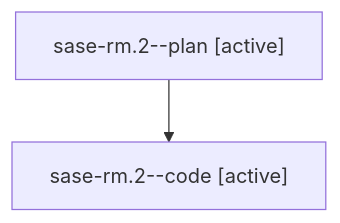
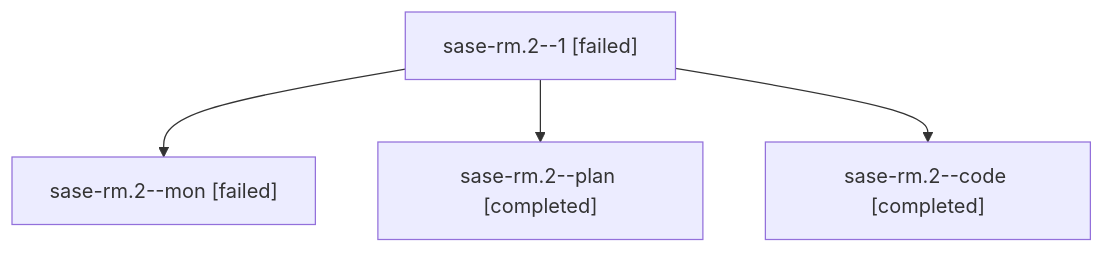
Before and after one commit to sase-org/sase--agents: the diagram in families/bbugyi200.athena.sase-rm.2.md, drawn with Mermaid. The commit also changed other lines of this file and 118 other files, not shown here.

````diff
--- a/families/bbugyi200.athena.sase-rm.2.md
+++ b/families/bbugyi200.athena.sase-rm.2.md
@@ -9,6 +9,10 @@
 ```mermaid
 flowchart TD
-  n0["sase-rm.2--plan [active]"]
-  n1["sase-rm.2--code [active]"]
+  n0["sase-rm.2--1 [failed]"]
+  n1["sase-rm.2--mon [failed]"]
   n0 --> n1
+  n2["sase-rm.2--plan [completed]"]
+  n0 --> n2
+  n3["sase-rm.2--code [completed]"]
+  n0 --> n3
 ```
````
